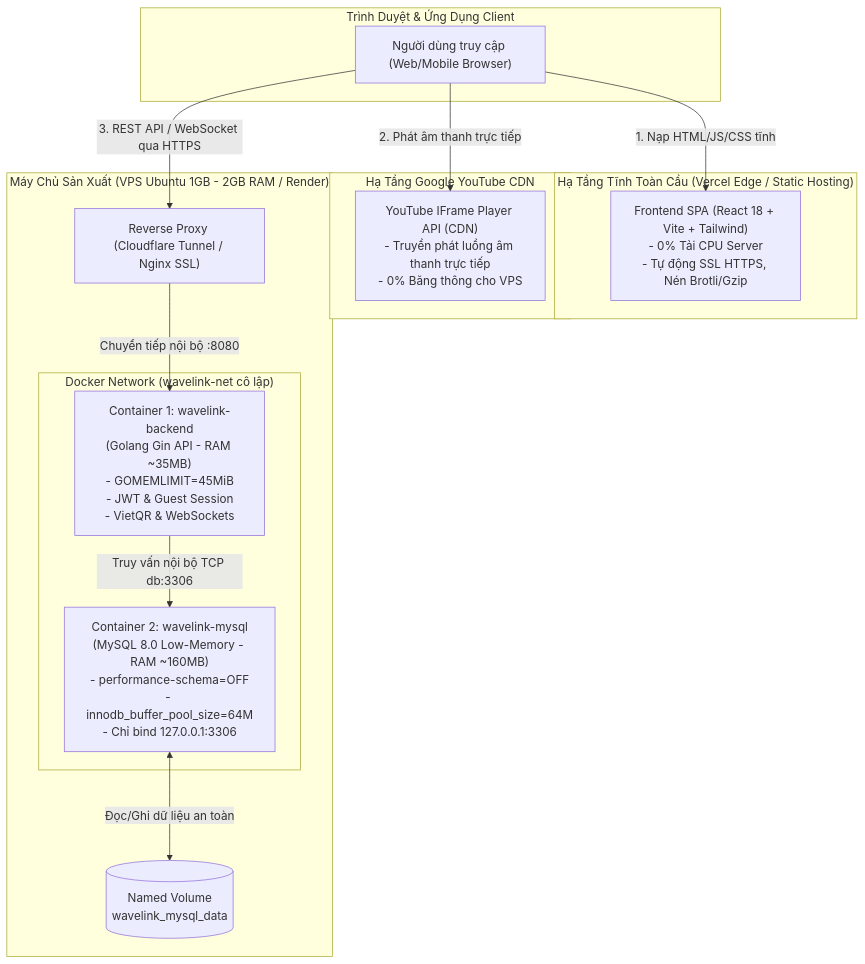
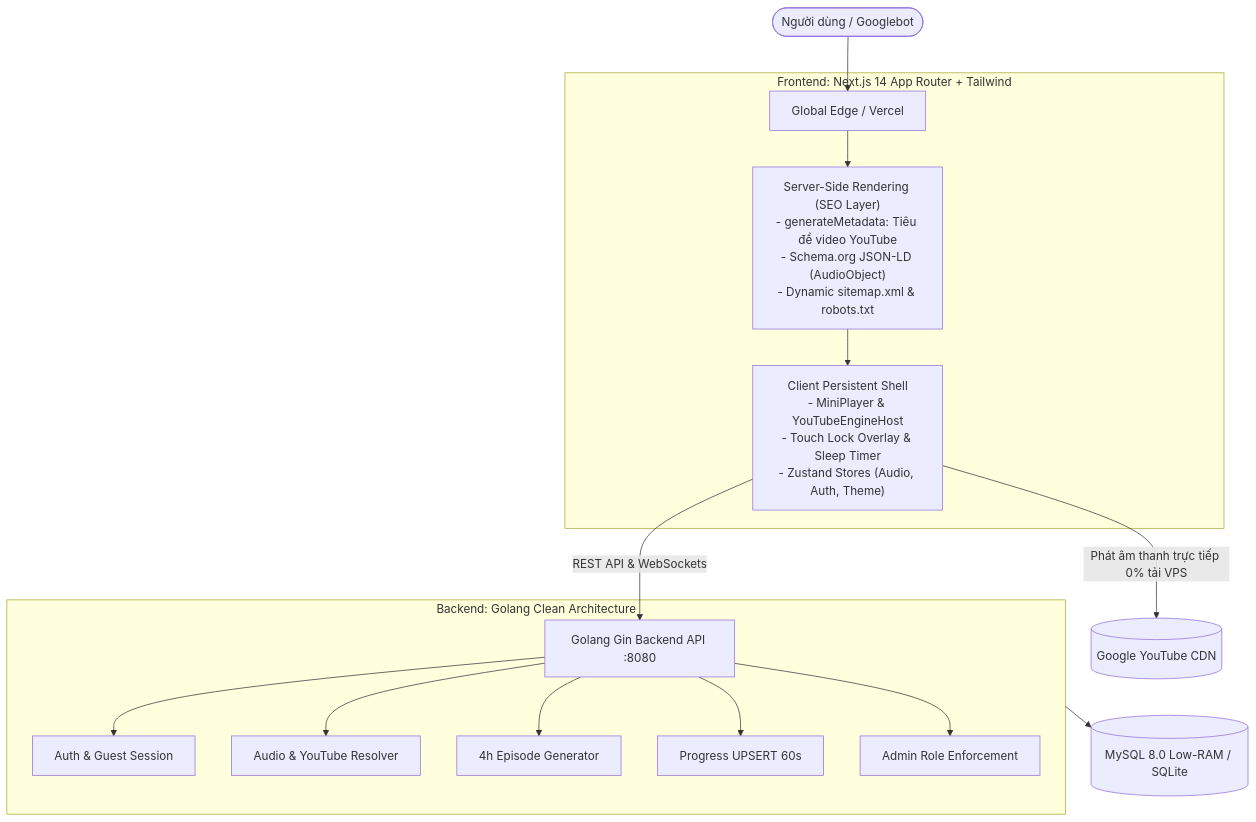
One commit to NDQnhat/wavelink-audio-app changed the first of 2 diagrams in README.md. Above: the diagram before and after it, drawn with Mermaid. The commit also changed other lines of this file, not shown here.

Commit message:
docs: rewrite README with comprehensive feature showcase, dev/docker/cicd guide, and Next.js App Router overview

````diff
--- a/README.md
+++ b/README.md
@@ -75,32 +127,22 @@
 ```mermaid
-graph TB
-    subgraph Clients ["Trình Duyệt & Ứng Dụng Client"]
-        Browser["Người dùng truy cập (Web/Mobile Browser)"]
+flowchart TD
+    User([Người dùng / Googlebot]) --> Edge[Global Edge / Vercel]
+    
+    subgraph FrontendApp ["Frontend: Next.js 14 App Router + Tailwind"]
+        Edge --> SSR["Server-Side Rendering (SEO Layer)<br/>- generateMetadata: Tiêu đề video YouTube<br/>- Schema.org JSON-LD (AudioObject)<br/>- Dynamic sitemap.xml & robots.txt"]
+        SSR --> AppShell["Client Persistent Shell<br/>- MiniPlayer & YouTubeEngineHost<br/>- Touch Lock Overlay & Sleep Timer<br/>- Zustand Stores (Audio, Auth, Theme)"]
     end
-
-    subgraph EdgeCDN ["Hạ Tầng Tĩnh Toàn Cầu (Vercel Edge / Static Hosting)"]
-        FE["Frontend SPA (React 18 + Vite + Tailwind)<br/>- 0% Tải CPU Server<br/>- Tự động SSL HTTPS, Nén Brotli/Gzip"]
+    
+    AppShell -->|Phát âm thanh trực tiếp 0% tải VPS| YTCDN[(Google YouTube CDN)]
+    AppShell -->|REST API & WebSockets| BE[Golang Gin Backend API :8080]
+    
+    subgraph BackendApp ["Backend: Golang Clean Architecture"]
+        BE --> AuthMod[Auth & Guest Session]
+        BE --> AudioMod[Audio & YouTube Resolver]
+        BE --> EpisodeMod[4h Episode Generator]
+        BE --> ProgressMod[Progress UPSERT 60s]
+        BE --> AdminGuardMod[Admin Role Enforcement]
     end
-
-    subgraph GoogleCDN ["Hạ Tầng Google YouTube CDN"]
-        YT["YouTube IFrame Player API (CDN)<br/>- Truyền phát luồng âm thanh trực tiếp<br/>- 0% Băng thông cho VPS"]
-    end
-
-    subgraph UbuntuServer ["Máy Chủ Sản Xuất (VPS Ubuntu 1GB - 2GB RAM / Render)"]
-        Gateway["Reverse Proxy (Cloudflare Tunnel / Nginx SSL)"]
-
-        subgraph DockerNet ["Docker Network (wavelink-net cô lập)"]
-            BE["Container 1: wavelink-backend<br/>(Golang Gin API - RAM ~35MB)<br/>- GOMEMLIMIT=45MiB<br/>- JWT & Guest Session<br/>- VietQR & WebSockets"]
-            DB["Container 2: wavelink-mysql<br/>(MySQL 8.0 Low-Memory - RAM ~160MB)<br/>- performance-schema=OFF<br/>- innodb_buffer_pool_size=64M<br/>- Chỉ bind 127.0.0.1:3306"]
-        end
-
-        Volume[("Named Volume<br/>wavelink_mysql_data")]
-    end
-
-    Browser -->|1. Nạp HTML/JS/CSS tĩnh| FE
-    Browser -->|2. Phát âm thanh trực tiếp| YT
-    Browser -->|3. REST API / WebSocket qua HTTPS| Gateway
-    Gateway -->|Chuyển tiếp nội bộ :8080| BE
-    BE -->|Truy vấn nội bộ TCP db:3306| DB
-    DB <--->|Đọc/Ghi dữ liệu an toàn| Volume
+    
+    BackendApp --> DB[(MySQL 8.0 Low-RAM / SQLite)]
 ```
````
